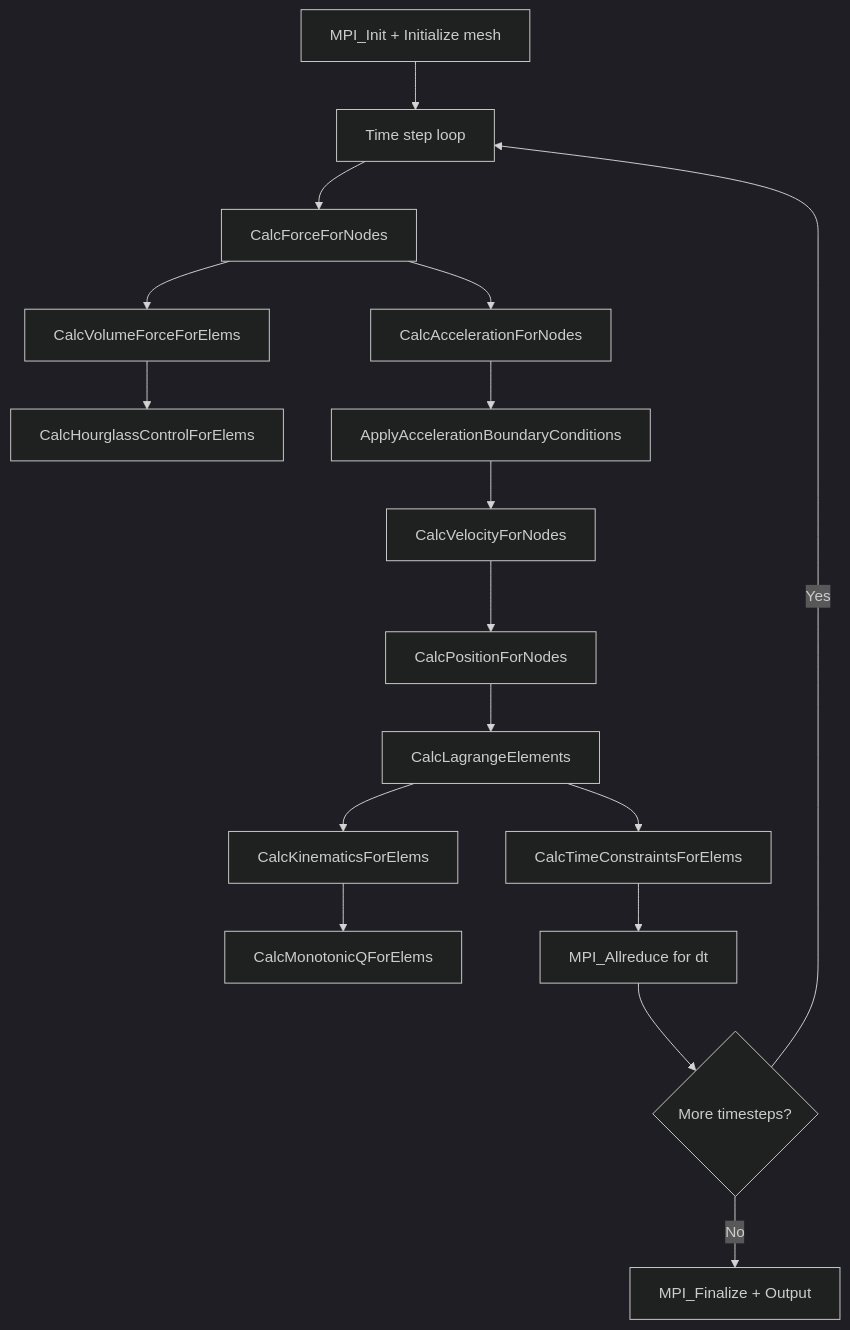
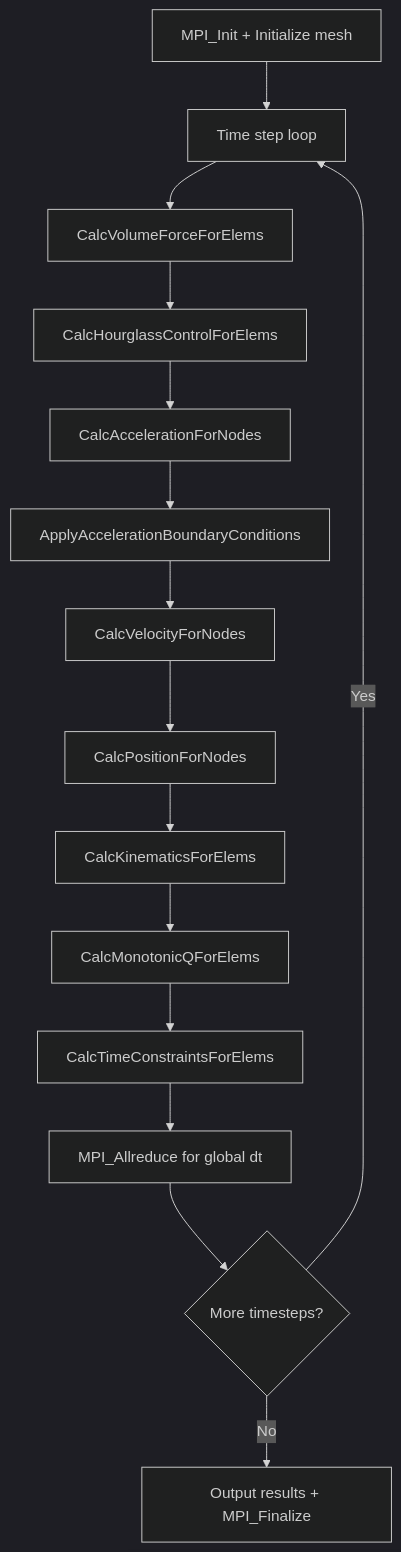
Before and after one commit to ngduchai/guard-agent: the diagram in tests/apps/docs/LULESH/computation_flow.md, drawn with Mermaid (dark theme). The commit also changed other lines of this file and 19 other files, not shown here.

First line of the commit message:
docs: fix all computation flow diagrams and add output comparison guide

````diff
--- a/tests/apps/docs/LULESH/computation_flow.md
+++ b/tests/apps/docs/LULESH/computation_flow.md
@@ -8,19 +8,17 @@
 ```mermaid
 flowchart TD
     A[MPI_Init + Initialize mesh] --> B[Time step loop]
-    B --> C[CalcForceForNodes]
-    C --> C1[CalcVolumeForceForElems]
-    C1 --> C2[CalcHourglassControlForElems]
-    C --> D[CalcAccelerationForNodes]
+    B --> C[CalcVolumeForceForElems]
+    C --> C2[CalcHourglassControlForElems]
+    C2 --> D[CalcAccelerationForNodes]
     D --> E[ApplyAccelerationBoundaryConditions]
     E --> F[CalcVelocityForNodes]
     F --> G[CalcPositionForNodes]
-    G --> H[CalcLagrangeElements]
-    H --> H1[CalcKinematicsForElems]
-    H1 --> H2[CalcMonotonicQForElems]
-    H --> I[CalcTimeConstraintsForElems]
-    I --> J[MPI_Allreduce for dt]
+    G --> H[CalcKinematicsForElems]
+    H --> H2[CalcMonotonicQForElems]
+    H2 --> I[CalcTimeConstraintsForElems]
+    I --> J["MPI_Allreduce for global dt"]
     J --> K{More timesteps?}
     K -->|Yes| B
-    K -->|No| L[MPI_Finalize + Output]
+    K -->|No| L[Output results + MPI_Finalize]
 ```
````
